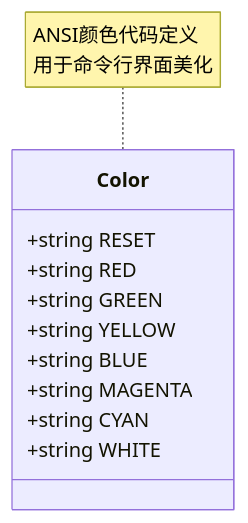
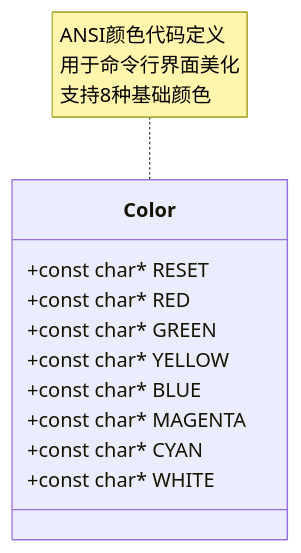
One commit to jinpeng900/OJ-Test changed the second of 12 diagrams in .qoder/repowiki/zh/content/界面交互与美化.md. Above: the diagram before and after it, drawn with Mermaid. The commit also changed other lines of this file and 44 other files, not shown here.

````diff
--- a/.qoder/repowiki/zh/content/界面交互与美化.md
+++ b/.qoder/repowiki/zh/content/界面交互与美化.md
@@ -80,14 +88,14 @@
 ```mermaid
 classDiagram
 class Color {
-+string RESET
-+string RED
-+string GREEN
-+string YELLOW
-+string BLUE
-+string MAGENTA
-+string CYAN
-+string WHITE
++const char* RESET
++const char* RED
++const char* GREEN
++const char* YELLOW
++const char* BLUE
++const char* MAGENTA
++const char* CYAN
++const char* WHITE
 }
-note for Color "ANSI颜色代码定义<br/>用于命令行界面美化"
+note for Color "ANSI颜色代码定义<br/>用于命令行界面美化<br/>支持8种基础颜色"
 ```
````
